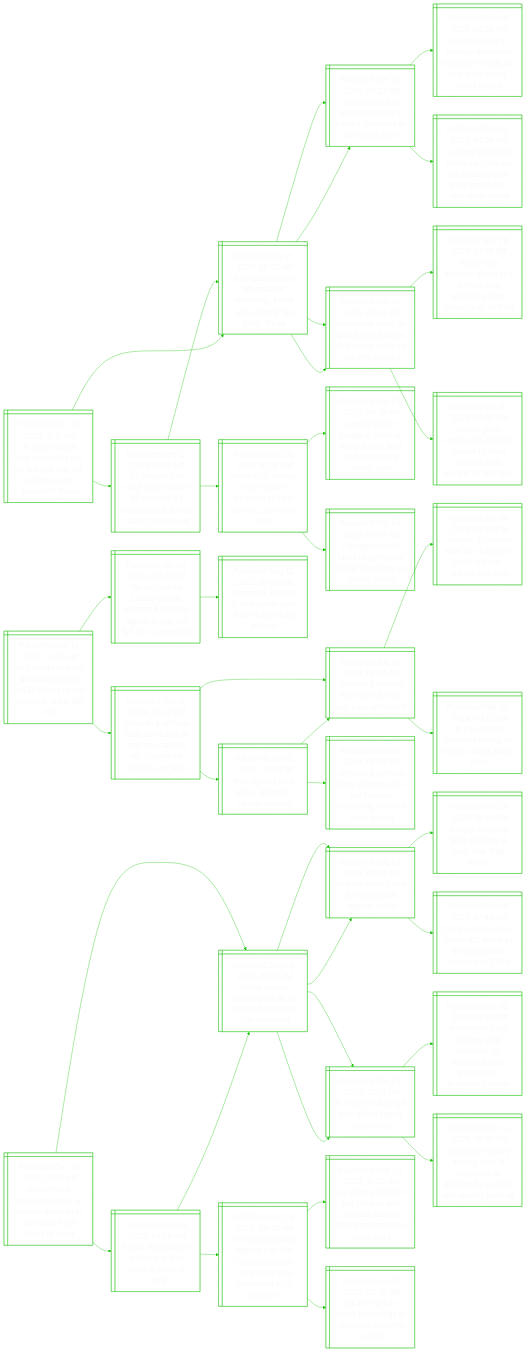
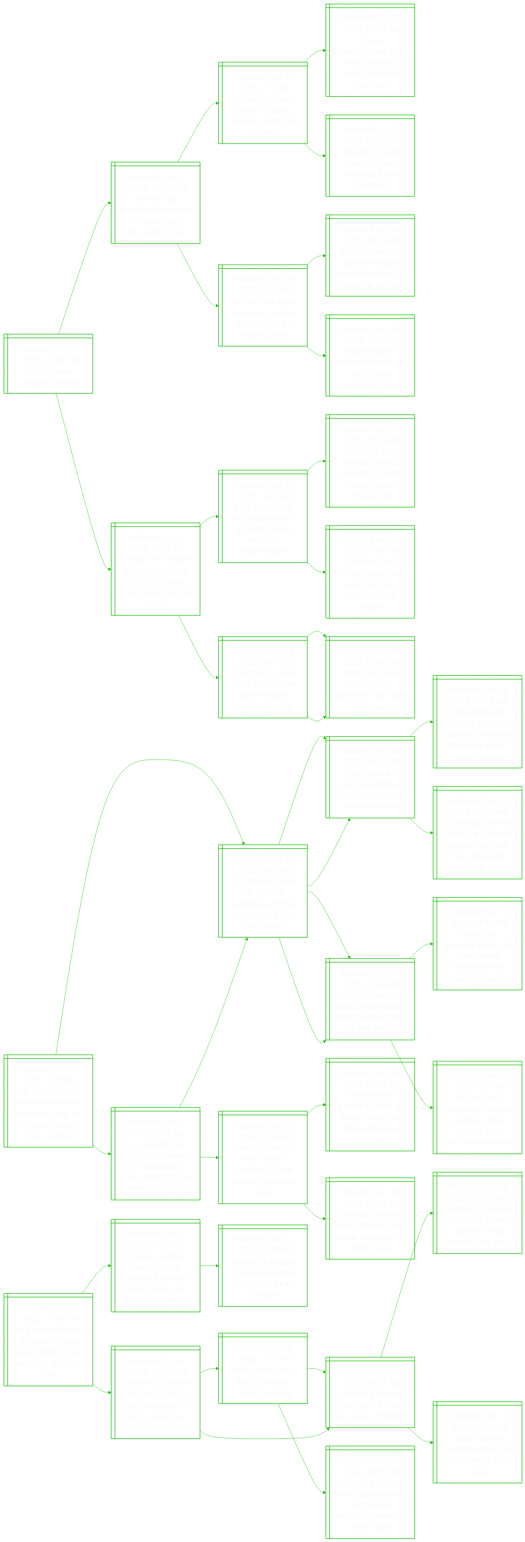
One commit to notJmes/notJmes changed the diagram in README.md. Above: the diagram before and after it, drawn with Mermaid. The commit also changed other lines of this file, not shown here.

````diff
--- a/README.md
+++ b/README.md
@@ -16,8 +16,54 @@
 flowchart LR
 classDef txtsize font-size:20px;
 
-Uznenltrwtpoonw@{ shape: win-pane, label: "_Published Dec 13, 2025, 11:10 AM_
-Us seized tanker near venezuela just as warrant was set to expire, court document shows" }
+Uvtutg@{ shape: win-pane, label: "_Published Dec 13, 2025, 03:35 PM_
+Un to evaluate refugee strategy" }
+FrpdaNgicts@{ shape: win-pane, label: "_Published Dec 12, 2025, 06:08 PM_
+Former iraq president named un refugee chief, document shows" }
+Usgtnorflnm@{ shape: win-pane, label: "_Published Nov 10, 2025, 07:31 AM_
+Un says refugees stuck in vicious circle of conflict and climate" }
+Taitahnetidr@{ shape: win-pane, label: "_Published Feb 27, 2025, 09:53 AM_
+Trump administration says it has cancelled most foreign aid contracts" }
+Miidnaddwd@{ shape: win-pane, label: "_Published Jul 07, 2024, 06:00 PM_
+Managing climate driven migration demands a new paradigm" }
+Ensetoamatpy@{ shape: win-pane, label: "_Published Dec 08, 2025, 11:06 PM_
+Eu countries agree positions on new asylum, migrant returns policy" }
+Iartehntrfotr@{ shape: win-pane, label: "_Published Dec 02, 2025, 06:39 AM_
+Illegal migrants to face clothing and mouth searches for phones at uk ports" }
+Inhirnsdouow@{ shape: win-pane, label: "_Published Nov 26, 2025, 10:08 PM_
+Ireland tightens immigration rules in bid to slow population growth" }
+Tseessifsocrd@{ shape: win-pane, label: "_Published Oct 31, 2025, 01:46 AM_
+Trump sets refugee admissions ceiling at 7,500 for fiscal 2026, lowest cap on record" }
+FwSAarnTcsfimi@{ shape: win-pane, label: "_Published May 13, 2025, 04:01 AM_
+First white south africans arrive in us as trump claims they face discrimination" }
+FwSAaaarduivul@{ shape: win-pane, label: "_Published May 12, 2025, 05:01 AM_
+First white south africans board plane for us under trump’s divisive refugee plan" }
+Eluretashirt@{ shape: win-pane, label: "_Published Mar 23, 2025, 07:00 PM_
+Expelled south african envoy to us says he’s back home ‘with no regrets’" }
+Nniursdrirnr@{ shape: win-pane, label: "_Published Feb 09, 2025, 09:47 PM_
+‘no thanks’, white south africans turn down trump’s immigration offer" }
+TfeSAaictfas@{ shape: win-pane, label: "_Published Feb 09, 2025, 02:40 AM_
+Trump freezes all south african assistance as stand-off escalates" }
+TfeSAaictfas@{ shape: win-pane, label: "_Published Feb 09, 2025, 02:40 AM_
+Trump freezes all south african assistance as stand-off escalates" }
+
+Uvtutg:::txtsize --> FrpdaNgicts:::txtsize
+FrpdaNgicts:::txtsize --> Usgtnorflnm:::txtsize
+Usgtnorflnm:::txtsize --> Taitahnetidr:::txtsize
+Usgtnorflnm:::txtsize --> Miidnaddwd:::txtsize
+FrpdaNgicts:::txtsize --> Ensetoamatpy:::txtsize
+Ensetoamatpy:::txtsize --> Iartehntrfotr:::txtsize
+Ensetoamatpy:::txtsize --> Inhirnsdouow:::txtsize
+Uvtutg:::txtsize --> Tseessifsocrd:::txtsize
+Tseessifsocrd:::txtsize --> FwSAarnTcsfimi:::txtsize
+FwSAarnTcsfimi:::txtsize --> FwSAaaarduivul:::txtsize
+FwSAarnTcsfimi:::txtsize --> Eluretashirt:::txtsize
+Tseessifsocrd:::txtsize --> Nniursdrirnr:::txtsize
+Nniursdrirnr:::txtsize --> TfeSAaictfas:::txtsize
+Nniursdrirnr:::txtsize --> TfeSAaictfas:::txtsize
+
+Uznenltrwtphoon@{ shape: win-pane, label: "_Published Dec 13, 2025, 11:10 AM_
+Us seized tanker near venezuela just as warrant was set to expire, shows court document" }
 Uzlecoeapageo@{ shape: win-pane, label: "_Published Dec 11, 2025, 06:22 AM_
 Us seizes oil tanker off coast of venezuela, trump says, adding ‘we keep’ the oil" }
 TenurneCbVuo@{ shape: win-pane, label: "_Published Dec 09, 2025, 09:52 PM_
@@ -47,14 +93,14 @@
 PgvaHtrasoei@{ shape: win-pane, label: "_Published Dec 04, 2025, 05:30 AM_
 Pentagon review faults hegseth over signal messages on yemen strikes" }
 
-Uznenltrwtpoonw:::txtsize --> Uzlecoeapageo:::txtsize
+Uznenltrwtphoon:::txtsize --> Uzlecoeapageo:::txtsize
 Uzlecoeapageo:::txtsize --> TenurneCbVuo:::txtsize
 TenurneCbVuo:::txtsize --> Siurymeoarnolu:::txtsize
 TenurneCbVuo:::txtsize --> Uirdotoeramzsho:::txtsize
 Uzlecoeapageo:::txtsize --> VulScpifromlMo:::txtsize
 VulScpifromlMo:::txtsize --> Tsicvsugztliee:::txtsize
 VulScpifromlMo:::txtsize --> UgVuMoceoyRllk:::txtsize
-Uznenltrwtpoonw:::txtsize --> Upgirkfeasespncy:::txtsize
+Uznenltrwtphoon:::txtsize --> Upgirkfeasespncy:::txtsize
 Upgirkfeasespncy:::txtsize --> Uzlecoeapageo:::txtsize
 Uzlecoeapageo:::txtsize --> TenurneCbVuo:::txtsize
 Uzlecoeapageo:::txtsize --> VulScpifromlMo:::txtsize
@@ -93,50 +139,4 @@
 Jonesastn:::txtsize --> Jonuyatrrja:::txtsize
 Jonesastn:::txtsize --> Jcsdlntoege:::txtsize
 
-UmddanpitliiC@{ shape: win-pane, label: "_Published Dec 13, 2025, 10:40 AM_
-Us lawmaker demands details on trump’s decision to sell nvidia h200 chips to china" }
-NaTsooHiC@{ shape: win-pane, label: "_Published Dec 09, 2025, 04:08 AM_
-Nvidia wins trump’s approval to ship h200 ai chips to china" }
-NaebwUgrtprl@{ shape: win-pane, label: "_Published Dec 04, 2025, 08:01 AM_
-Nvidia scores lobbying win as us congress rejects chip export bill" }
-Aniwiaasd@{ shape: win-pane, label: "_Published Dec 03, 2025, 01:33 AM_
-Amazon unveils new ai chip in battle against nvidia" }
-Andnwapai@{ shape: win-pane, label: "_Published Dec 03, 2025, 12:28 PM_
-Ai frenzy is driving a new global supply chain crisis" }
-Umascbitopscctek@{ shape: win-pane, label: "_Published Dec 09, 2025, 04:40 AM_
-Us communications agency may bar chinese telecom companies from connecting to us networks" }
-UntbilesisotStc@{ shape: win-pane, label: "_Published May 23, 2025, 10:20 AM_
-Us agency votes to bar chinese labs deemed security risks from testing us electronics" }
-Usnanydaca@{ shape: win-pane, label: "_Published Jul 17, 2025, 02:30 AM_
-Us aims to ban china technology in undersea telecoms cables" }
-NaebwUgrtprl@{ shape: win-pane, label: "_Published Dec 04, 2025, 08:01 AM_
-Nvidia scores lobbying win as us congress rejects chip export bill" }
-Aniwiaasd@{ shape: win-pane, label: "_Published Dec 03, 2025, 01:33 AM_
-Amazon unveils new ai chip in battle against nvidia" }
-Gepinaawye@{ shape: win-pane, label: "_Published Nov 26, 2025, 10:39 AM_
-Google, sleeping giant in global ai race, now ‘fully awake’" }
-Cceirlaitder@{ shape: win-pane, label: "_Published Nov 26, 2025, 07:49 AM_
-China couple rake in nearly $12 billion as ai circuit board shares soar 530%" }
-Andnwapai@{ shape: win-pane, label: "_Published Dec 03, 2025, 12:28 PM_
-Ai frenzy is driving a new global supply chain crisis" }
-BemepnrrleutyiTa@{ shape: win-pane, label: "_Published Dec 03, 2025, 10:50 AM_
-Businesses must develop wide networks for resilience amid uncertainty: president tharman" }
-SpayvinmsnApsrk@{ shape: win-pane, label: "_Published Dec 02, 2025, 09:00 PM_
-Singapore factory activity rises in november as demand for ai chips and servers picks up" }
-
-UmddanpitliiC:::txtsize --> NaTsooHiC:::txtsize
-NaTsooHiC:::txtsize --> NaebwUgrtprl:::txtsize
-NaebwUgrtprl:::txtsize --> Aniwiaasd:::txtsize
-NaebwUgrtprl:::txtsize --> Andnwapai:::txtsize
-NaTsooHiC:::txtsize --> Umascbitopscctek:::txtsize
-Umascbitopscctek:::txtsize --> UntbilesisotStc:::txtsize
-Umascbitopscctek:::txtsize --> Usnanydaca:::txtsize
-UmddanpitliiC:::txtsize --> NaebwUgrtprl:::txtsize
-NaebwUgrtprl:::txtsize --> Aniwiaasd:::txtsize
-Aniwiaasd:::txtsize --> Gepinaawye:::txtsize
-Aniwiaasd:::txtsize --> Cceirlaitder:::txtsize
-NaebwUgrtprl:::txtsize --> Andnwapai:::txtsize
-Andnwapai:::txtsize --> BemepnrrleutyiTa:::txtsize
-Andnwapai:::txtsize --> SpayvinmsnApsrk:::txtsize
-
 ```
````
